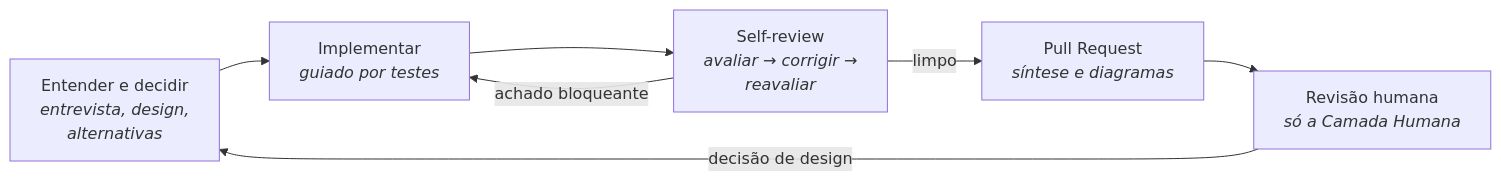
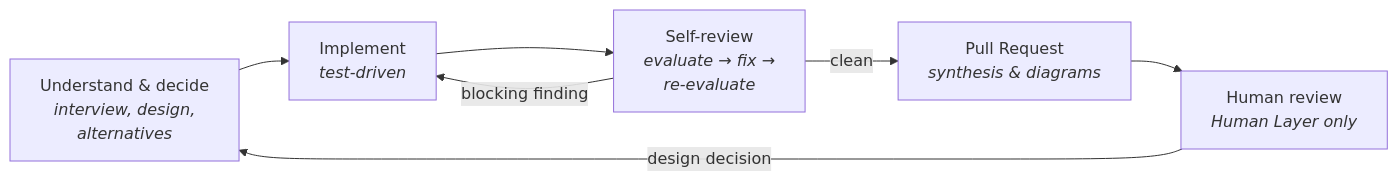
One commit to tiagoornelas/ai-skills changed the second of 2 diagrams in README.md. Above: the diagram before and after it, drawn with Mermaid. The commit also changed other lines of this file and 49 other files, not shown here.

````diff
--- a/README.md
+++ b/README.md
@@ -56,9 +56,9 @@
 ```mermaid
 graph LR
-  D["Entender e decidir<br/><i>entrevista, design,<br/>alternativas</i>"] --> I["Implementar<br/><i>guiado por testes</i>"]
-  I --> S["Self-review<br/><i>avaliar → corrigir →<br/>reavaliar</i>"]
-  S -- "achado bloqueante" --> I
-  S -- "limpo" --> P["Pull Request<br/><i>síntese e diagramas</i>"]
-  P --> R["Revisão humana<br/><i>só a Camada Humana</i>"]
-  R -- "decisão de design" --> D
+  D["Understand & decide<br/><i>interview, design,<br/>alternatives</i>"] --> I["Implement<br/><i>test-driven</i>"]
+  I --> S["Self-review<br/><i>evaluate → fix →<br/>re-evaluate</i>"]
+  S -- "blocking finding" --> I
+  S -- "clean" --> P["Pull Request<br/><i>synthesis & diagrams</i>"]
+  P --> R["Human review<br/><i>Human Layer only</i>"]
+  R -- "design decision" --> D
 ```
````
